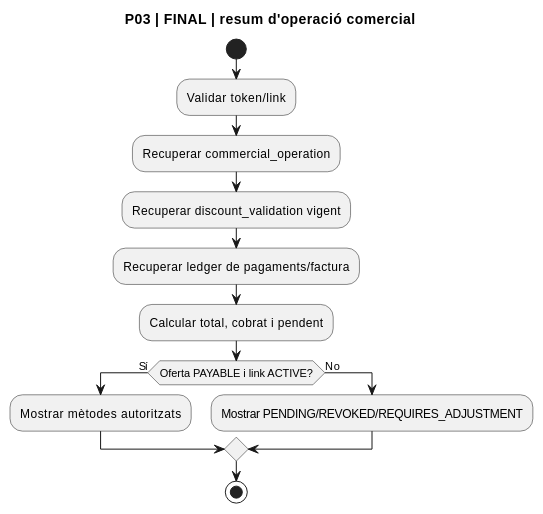
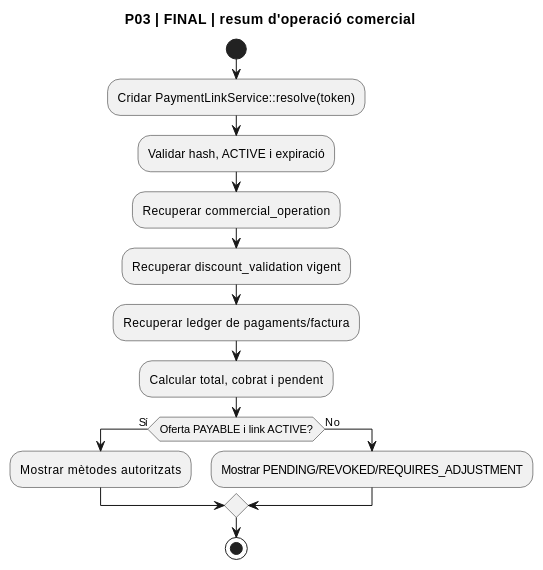
One commit to orgmeriemprismacat-del/verifactu changed diagram 12 of 25 in documentacio/07-uml-integrat/uc-020-activitats-pagines-actual-final.md. Above: the diagram before and after it, drawn with PlantUML. The commit also changed other lines of this file, not shown here.

Commit message:
docs(UC-020): align activity diagrams with implemented runtime services

````diff
--- a/documentacio/07-uml-integrat/uc-020-activitats-pagines-actual-final.md
+++ b/documentacio/07-uml-integrat/uc-020-activitats-pagines-actual-final.md
@@ -283,17 +283,18 @@
 ```plantuml
 @startuml
 title P03 | FINAL | resum d'operació comercial
 start
-:Validar token/link;
+:Cridar PaymentLinkService::resolve(token);
+:Validar hash, ACTIVE i expiració;
 :Recuperar commercial_operation;
 :Recuperar discount_validation vigent;
 :Recuperar ledger de pagaments/factura;
 :Calcular total, cobrat i pendent;
 if (Oferta PAYABLE i link ACTIVE?) then (Sí)
  :Mostrar mètodes autoritzats;
 else (No)
  :Mostrar PENDING/REVOKED/REQUIRES_ADJUSTMENT;
 endif
 stop
 @enduml
 ```
````
